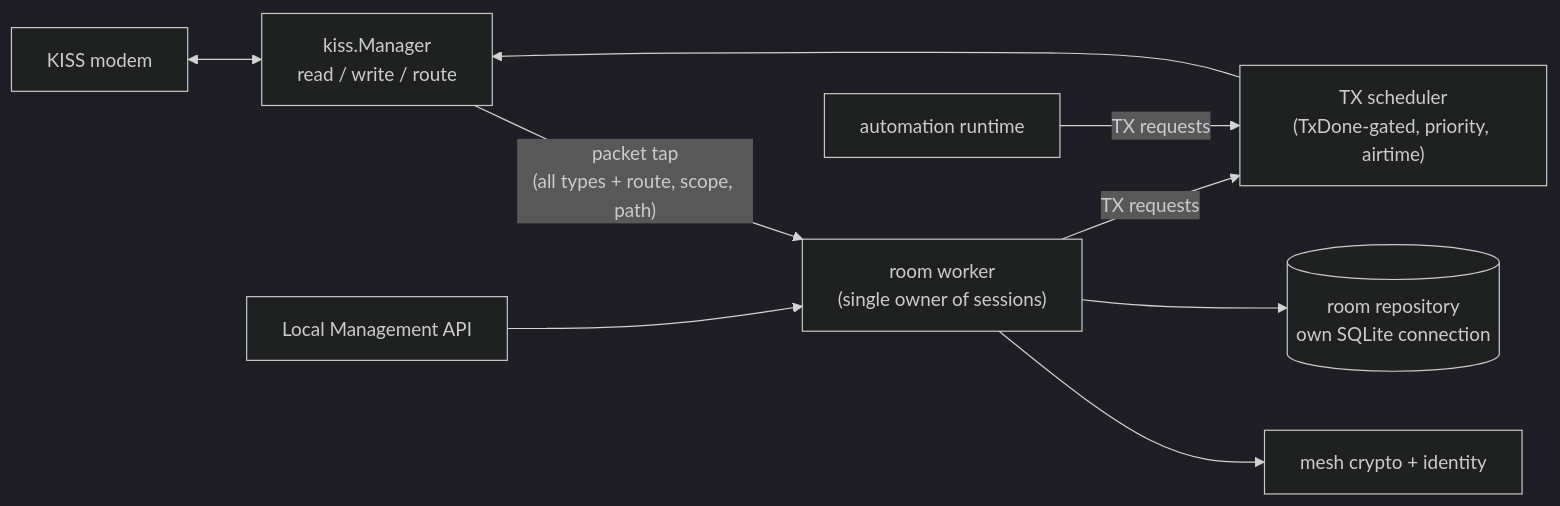
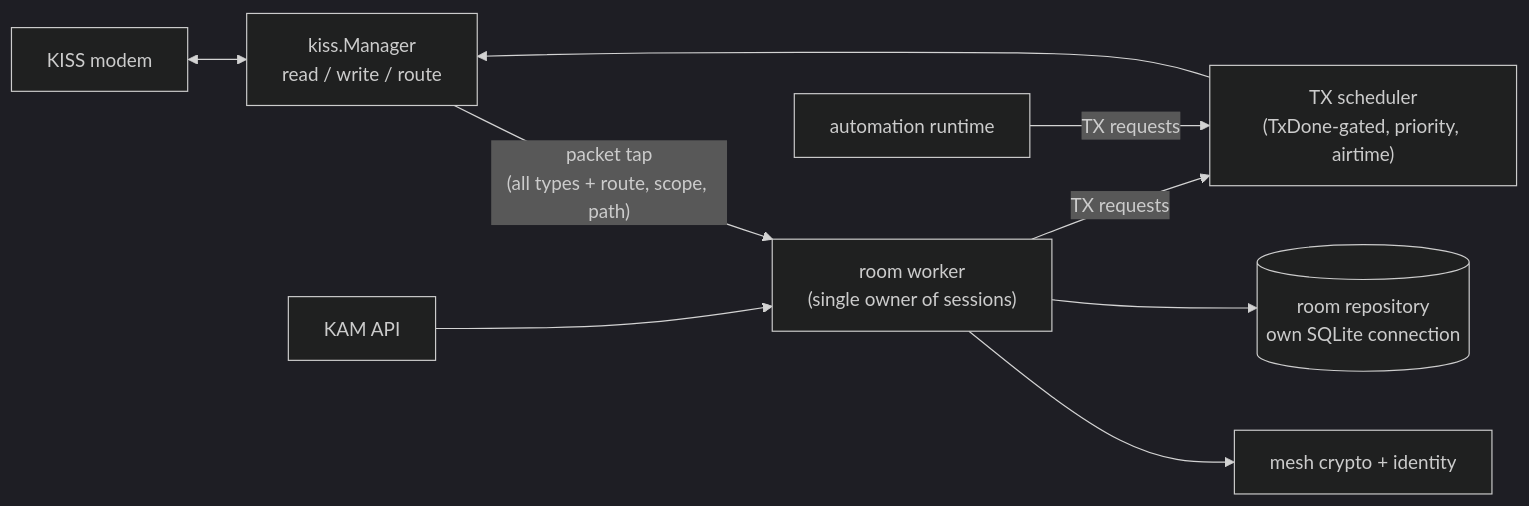
Before and after one commit to MauriceKremer/kam: the second of 2 diagrams in docs/FeatureRoomServer.md, drawn with Mermaid (dark theme). The commit also changed other lines of this file and 6 other files, not shown here.

````diff
--- a/docs/FeatureRoomServer.md
+++ b/docs/FeatureRoomServer.md
@@ -415,11 +415,11 @@
 ```mermaid
 flowchart LR
     Modem["KISS modem"] <--> Manager["kiss.Manager<br/>read / write / route"]
     Manager -->|"packet tap<br/>(all types + route, scope, path)"| Room["room worker<br/>(single owner of sessions)"]
     Room --> Crypto["mesh crypto + identity"]
     Room --> Repo[("room repository<br/>own SQLite connection")]
     Room -->|"TX requests"| TX["TX scheduler<br/>(TxDone-gated, priority, airtime)"]
     Automation["automation runtime"] -->|"TX requests"| TX
     TX --> Manager
-    API["Local Management API"] --> Room
+    API["KAM API"] --> Room
 ```
````
